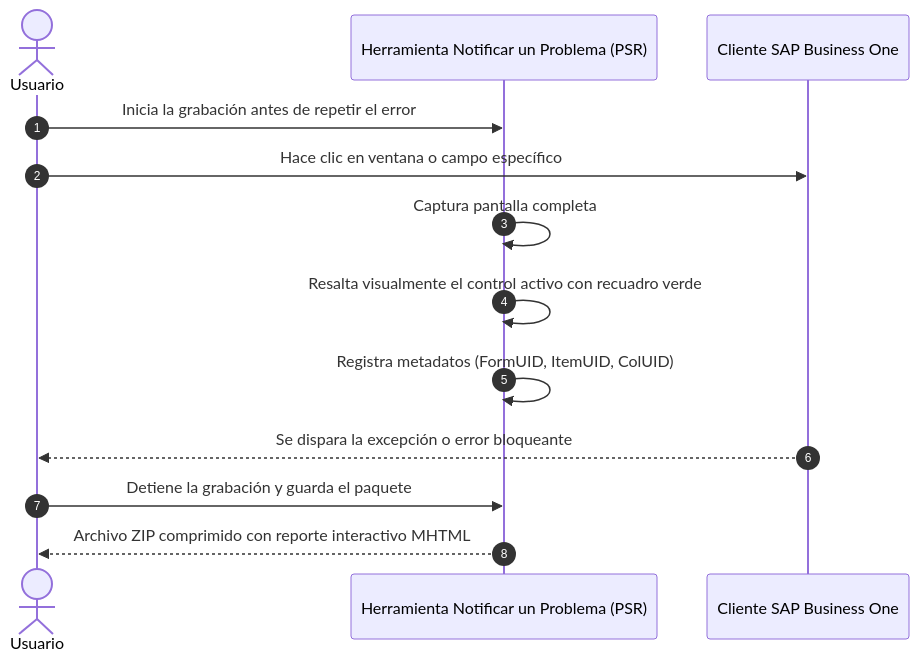
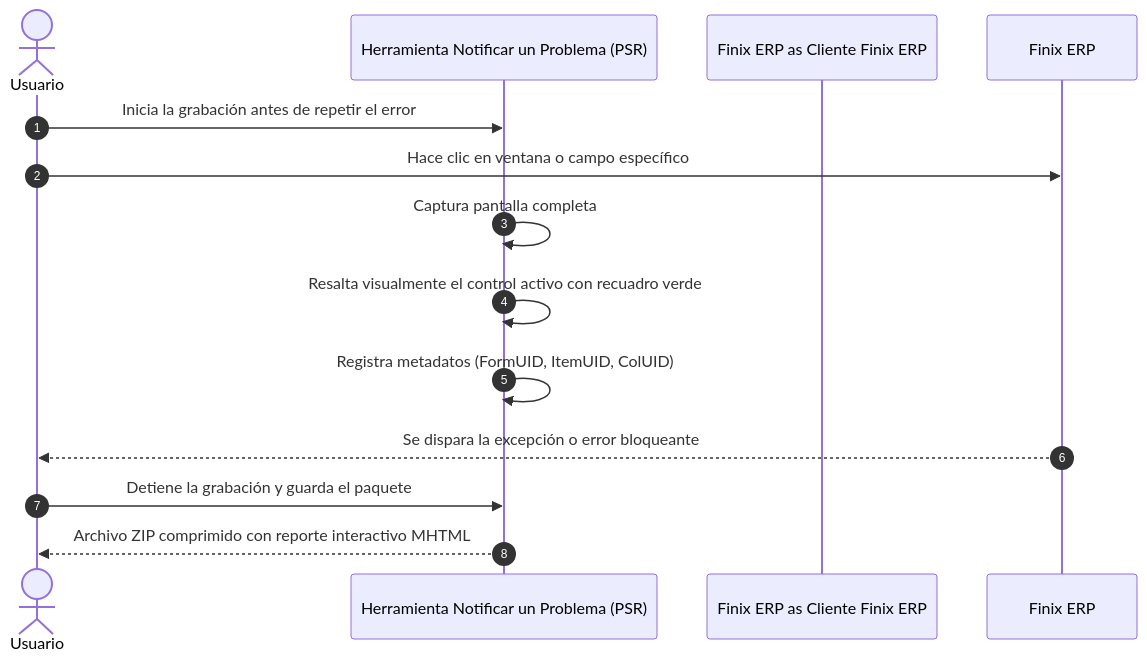
Before and after one commit to pablofgarciaf/B1-ACADEMY: the eighth of 11 diagrams in public/modulos/Modulo_09.md, drawn with Mermaid. The commit also changed other lines of this file and 4125 other files, not shown here.

````diff
--- a/public/modulos/Modulo_09.md
+++ b/public/modulos/Modulo_09.md
@@ -280,15 +280,15 @@
 ```mermaid
 sequenceDiagram
     autonumber
     actor Usuario
     participant Grabador as Herramienta Notificar un Problema (PSR)
-    participant SAP as Cliente SAP Business One
+    participant Finix ERP as Cliente Finix ERP
     Usuario->>Grabador: Inicia la grabación antes de repetir el error
-    Usuario->>SAP: Hace clic en ventana o campo específico
+    Usuario->>Finix ERP: Hace clic en ventana o campo específico
     Grabador->>Grabador: Captura pantalla completa
     Grabador->>Grabador: Resalta visualmente el control activo con recuadro verde
     Grabador->>Grabador: Registra metadatos (FormUID, ItemUID, ColUID)
-    SAP-->>Usuario: Se dispara la excepción o error bloqueante
+    Finix ERP-->>Usuario: Se dispara la excepción o error bloqueante
     Usuario->>Grabador: Detiene la grabación y guarda el paquete
     Grabador-->>Usuario: Archivo ZIP comprimido con reporte interactivo MHTML
 ```
````
